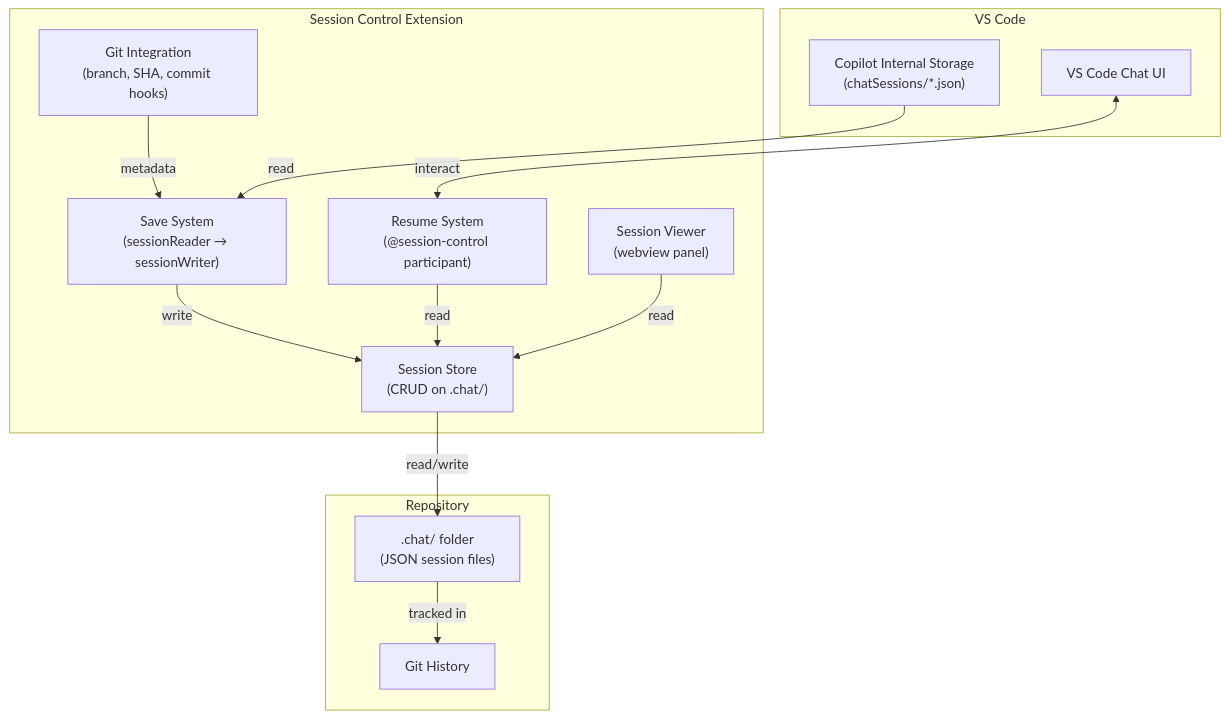
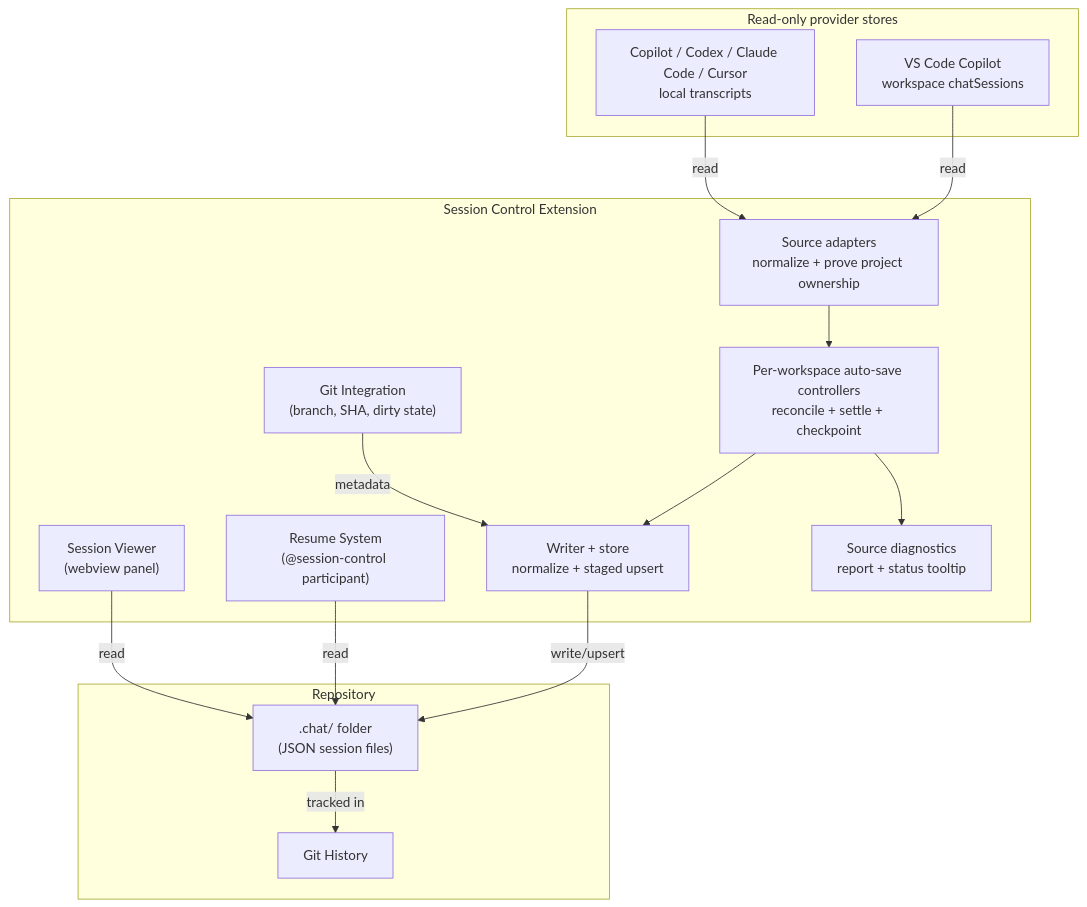
One commit to Tempuskg/session-control changed the diagram in wiki/architecture.md. Above: the diagram before and after it, drawn with Mermaid. The commit also changed other lines of this file and 94 other files, not shown here.

First line of the commit message:
Add unit tests for auto-save workspace manager, CLI session readers, and extension functionality

````diff
--- a/wiki/architecture.md
+++ b/wiki/architecture.md
@@ -24,29 +25,33 @@
 ```mermaid
 graph TB
-    subgraph "VS Code"
-        CopilotStorage["Copilot Internal Storage<br/>(chatSessions/*.json)"]
-        ChatUI["VS Code Chat UI"]
+    subgraph "Read-only provider stores"
+        CopilotStorage["VS Code Copilot<br/>workspace chatSessions"]
+        CliStores["Copilot / Codex / Claude Code / Cursor<br/>local transcripts"]
     end
 
     subgraph "Session Control Extension"
-        SaveSystem["Save System<br/>(sessionReader → sessionWriter)"]
+        Adapters["Source adapters<br/>normalize + prove project ownership"]
+        Controllers["Per-workspace auto-save controllers<br/>reconcile + settle + checkpoint"]
+        SaveSystem["Writer + store<br/>normalize + staged upsert"]
         ResumeSystem["Resume System<br/>(@session-control participant)"]
         SessionViewer["Session Viewer<br/>(webview panel)"]
-        GitIntegration["Git Integration<br/>(branch, SHA, commit hooks)"]
-        SessionStore["Session Store<br/>(CRUD on .chat/)"]
+        GitIntegration["Git Integration<br/>(branch, SHA, dirty state)"]
+        Diagnostics["Source diagnostics<br/>report + status tooltip"]
     end
 
     subgraph "Repository"
         ChatFolder[".chat/ folder<br/>(JSON session files)"]
         GitRepo["Git History"]
     end
 
-    CopilotStorage -->|read| SaveSystem
+    CopilotStorage -->|read| Adapters
+    CliStores -->|read| Adapters
+    Adapters --> Controllers
+    Controllers --> SaveSystem
     GitIntegration -->|metadata| SaveSystem
-    SaveSystem -->|write| SessionStore
-    SessionStore -->|read/write| ChatFolder
+    Controllers --> Diagnostics
+    SaveSystem -->|write/upsert| ChatFolder
     ChatFolder -->|tracked in| GitRepo
-    ResumeSystem -->|read| SessionStore
-    SessionViewer -->|read| SessionStore
-    ChatUI <-->|interact| ResumeSystem
+    ResumeSystem -->|read| ChatFolder
+    SessionViewer -->|read| ChatFolder
 ```
````
